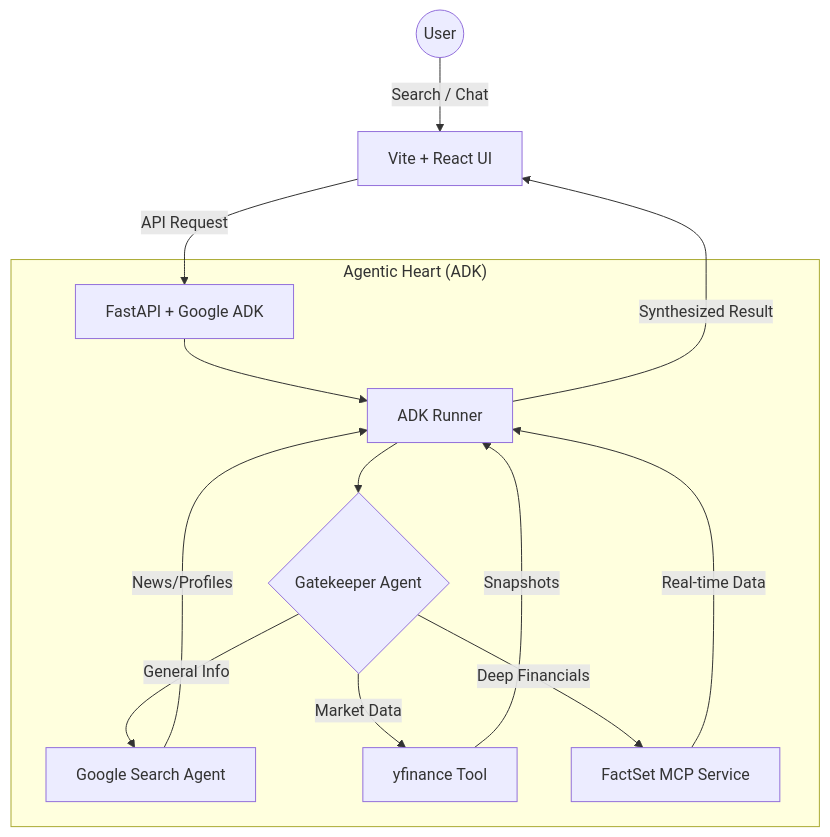
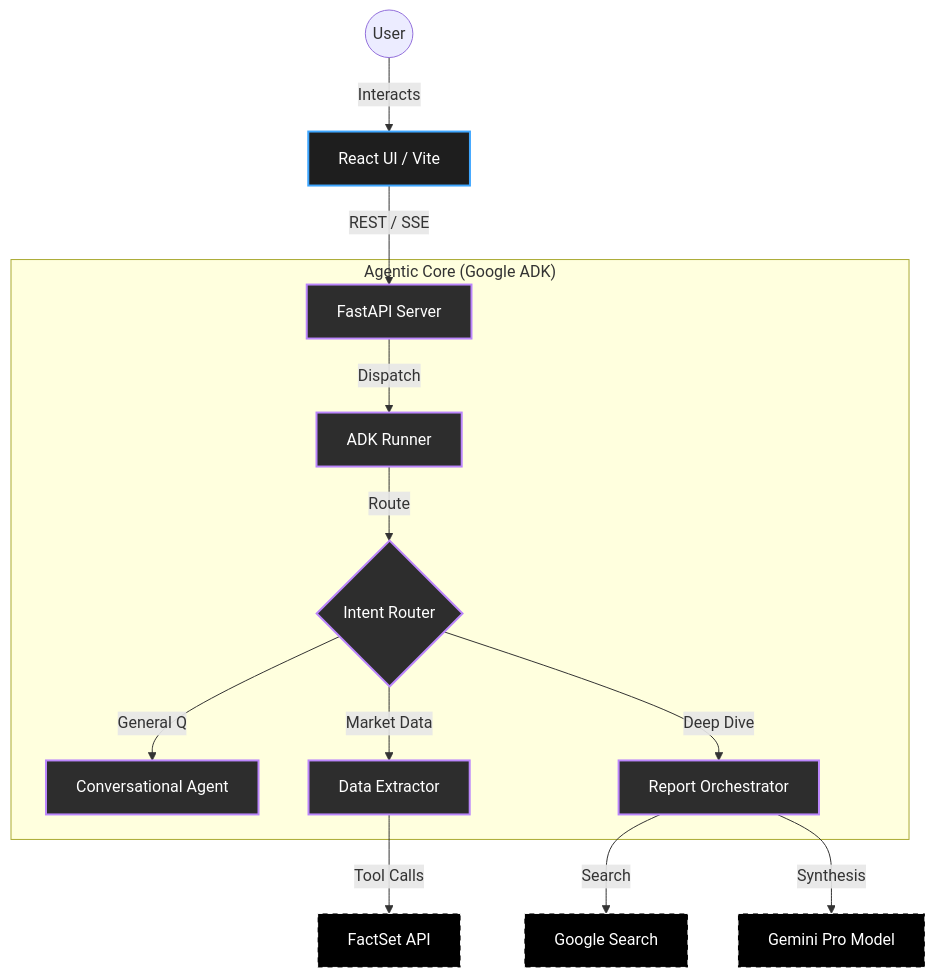
The first of 3 diagrams in antigravity/stock-terminal/README.md (jchavezar/vertex-ai-samples), drawn with Mermaid before and after one commit. The commit also changed other lines of this file and 3 other files, not shown here.

Commit message:
Docs: Update README with Dark Mode screenshots and modern Mermaid diagrams

````diff
--- a/antigravity/stock-terminal/README.md
+++ b/antigravity/stock-terminal/README.md
@@ -21,20 +38,22 @@
 ```mermaid
 graph TD
-    User((User)) -->|Search / Chat| Frontend[Vite + React UI]
-    Frontend -->|API Request| Backend[FastAPI + Google ADK]
+    classDef frontend fill:#1e1e1e,stroke:#3ea6ff,stroke-width:2px,color:#fff;
+    classDef backend fill:#2d2d2d,stroke:#bb86fc,stroke-width:2px,color:#fff;
+    classDef external fill:#000,stroke:#fff,stroke-width:1px,stroke-dasharray: 5 5,color:#fff;
+
+    User((User)) -->|Interacts| Frontend[React UI / Vite]:::frontend
+    Frontend -->|REST / SSE| Backend[FastAPI Server]:::backend
     
-    subgraph "Agentic Heart (ADK)"
-        Backend --> Runner[ADK Runner]
-        Runner --> Gatekeeper{Gatekeeper Agent}
+    subgraph "Agentic Core (Google ADK)"
+        Backend -->|Dispatch| Runner[ADK Runner]:::backend
+        Runner -->|Route| Router{Intent Router}:::backend
         
-        Gatekeeper -->|General Info| Search[Google Search Agent]
-        Gatekeeper -->|Market Data| YF[yfinance Tool]
-        Gatekeeper -->|Deep Financials| FactSet[FactSet MCP Service]
+        Router -->|General Q| Chat[Conversational Agent]:::backend
+        Router -->|Market Data| Data[Data Extractor]:::backend
+        Router -->|Deep Dive| Report[Report Orchestrator]:::backend
     end
 
-    FactSet -->|Real-time Data| Runner
-    Search -->|News/Profiles| Runner
-    YF -->|Snapshots| Runner
-    
-    Runner -->|Synthesized Result| Frontend
+    Data -->|Tool Calls| FactSet[FactSet API]:::external
+    Report -->|Search| Google[Google Search]:::external
+    Report -->|Synthesis| Gemini[Gemini Pro Model]:::external
 ```
````
